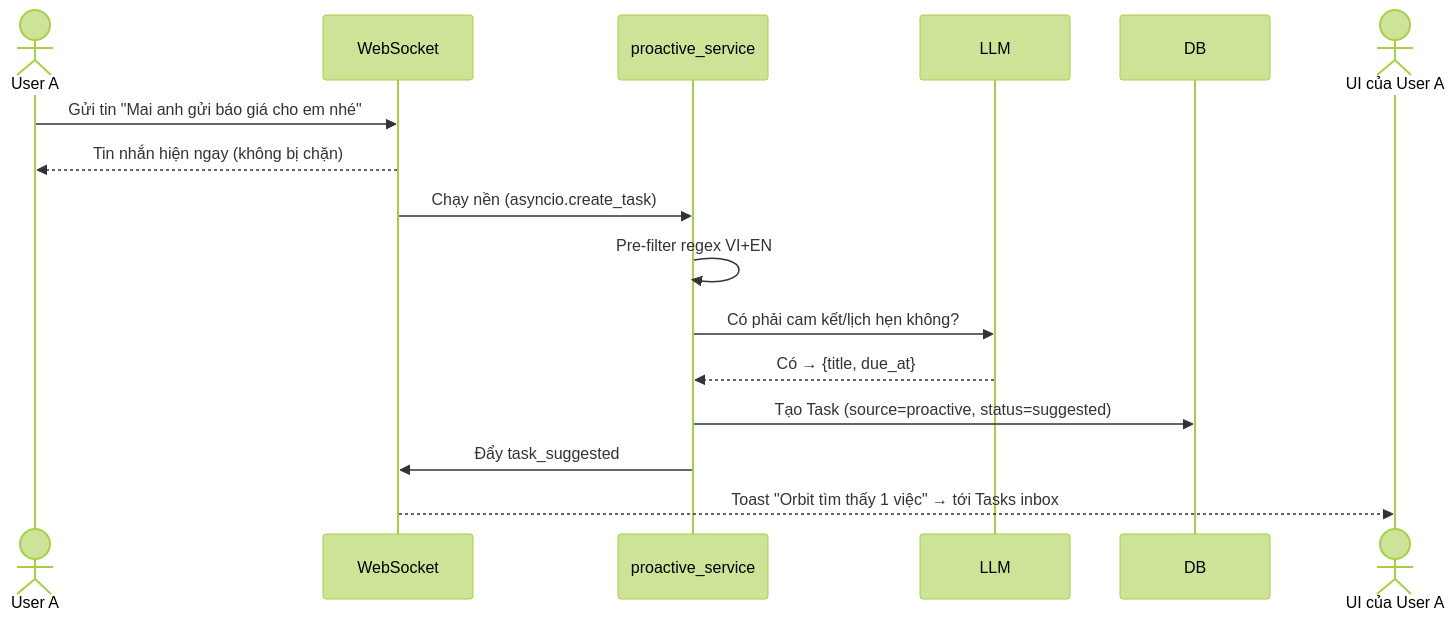
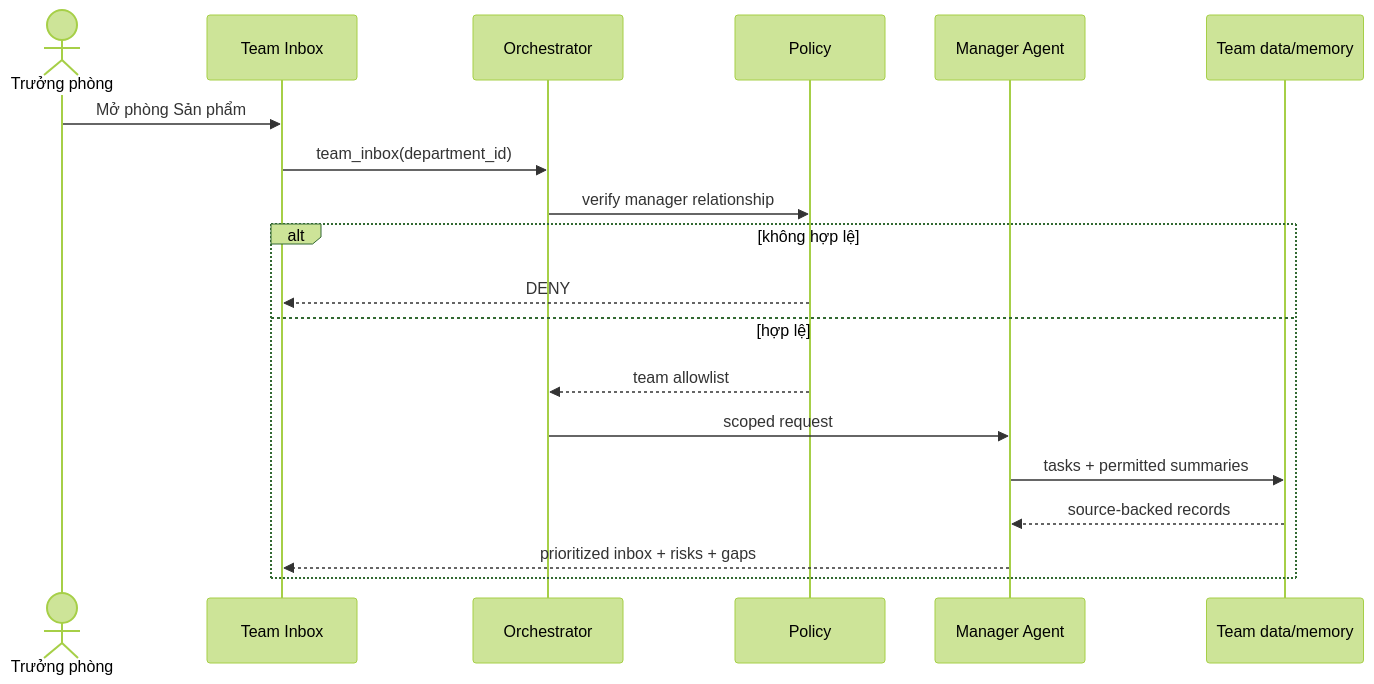
Before and after one commit to TueLT/Build-to-deploy: the third of 5 diagrams in docs/UI_FLOW.md, drawn with Mermaid (forest theme). The commit also changed other lines of this file and 41 other files, not shown here.

````diff
--- a/docs/UI_FLOW.md
+++ b/docs/UI_FLOW.md
@@ -113,19 +204,22 @@
 ```mermaid
 sequenceDiagram
-    actor A as User A
-    participant WS as WebSocket
-    participant PS as proactive_service
-    participant LLM
-    participant DB
-    actor UI as UI của User A
+    actor M as Trưởng phòng
+    participant UI as Team Inbox
+    participant O as Orchestrator
+    participant P as Policy
+    participant A as Manager Agent
+    participant D as Team data/memory
 
-    A->>WS: Gửi tin "Mai anh gửi báo giá cho em nhé"
-    WS-->>A: Tin nhắn hiện ngay (không bị chặn)
-    WS->>PS: Chạy nền (asyncio.create_task)
-    PS->>PS: Pre-filter regex VI+EN
-    PS->>LLM: Có phải cam kết/lịch hẹn không?
-    LLM-->>PS: Có → {title, due_at}
-    PS->>DB: Tạo Task (source=proactive, status=suggested)
-    PS->>WS: Đẩy task_suggested
-    WS-->>UI: Toast "Orbit tìm thấy 1 việc" → tới Tasks inbox
+    M->>UI: Mở phòng Sản phẩm
+    UI->>O: team_inbox(department_id)
+    O->>P: verify manager relationship
+    alt không hợp lệ
+        P-->>UI: DENY
+    else hợp lệ
+        P-->>O: team allowlist
+        O->>A: scoped request
+        A->>D: tasks + permitted summaries
+        D-->>A: source-backed records
+        A-->>UI: prioritized inbox + risks + gaps
+    end
 ```
````
